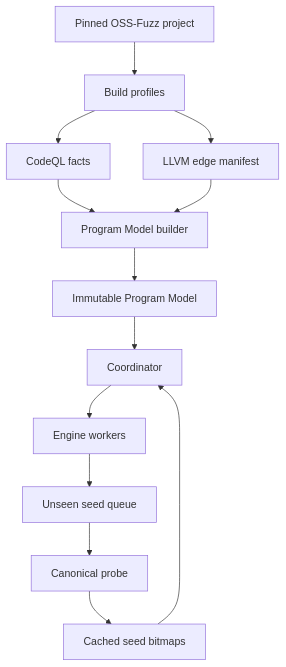
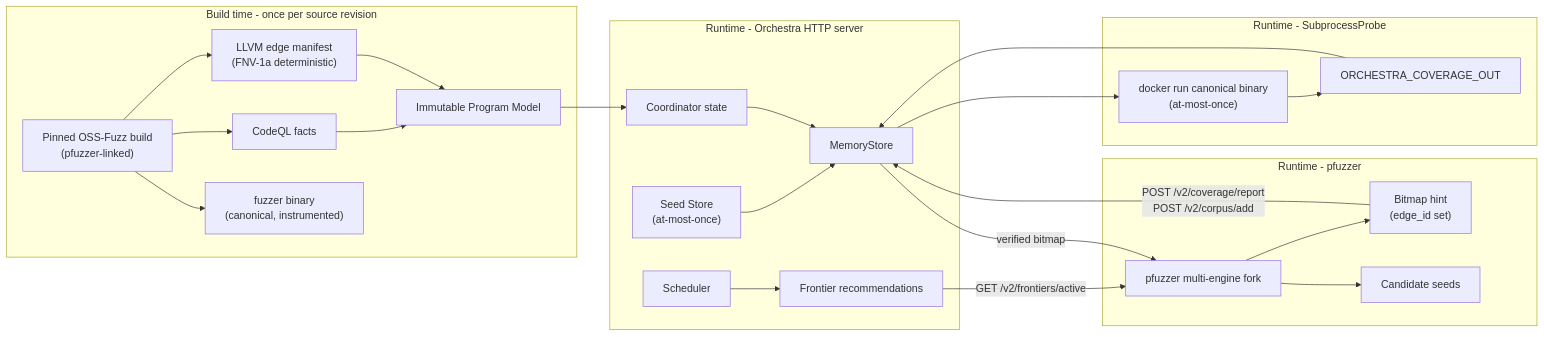
The diagram in docs/v2/DESIGN.md (grubwithu/hfc), drawn with Mermaid before and after one commit. The commit also changed other lines of this file, not shown here.

First line of the commit message:
docs(v2/design): record passive-analyzer architecture, pfuzzer linkage, performance contract

````diff
--- a/docs/v2/DESIGN.md
+++ b/docs/v2/DESIGN.md
@@ -90,15 +139,30 @@
 ```mermaid
-flowchart TD
-    A["Pinned OSS-Fuzz project"] --> B["Build profiles"]
-    B --> C["CodeQL facts"]
-    B --> D["LLVM edge manifest"]
-    C --> E["Program Model builder"]
-    D --> E
-    E --> F["Immutable Program Model"]
-    G["Engine workers"] --> H["Unseen seed queue"]
-    H --> I["Canonical probe"]
-    I --> J["Cached seed bitmaps"]
-    F --> K["Coordinator"]
-    J --> K
-    K --> G
+flowchart LR
+    subgraph Build[Build time - once per source revision]
+        A["Pinned OSS-Fuzz build<br/>(pfuzzer-linked)"] --> B[CodeQL facts]
+        A --> C["LLVM edge manifest<br/>(FNV-1a deterministic)"]
+        A --> D["fuzzer binary<br/>(canonical, instrumented)"]
+        B --> E[Immutable Program Model]
+        C --> E
+    end
+
+    subgraph Orch[Runtime - Orchestra HTTP server]
+        E --> F["Coordinator state"]
+        G["Seed Store<br/>(at-most-once)"] --> H[MemoryStore]
+        F --> H
+        I[Scheduler] --> J["Frontier recommendations"]
+    end
+
+    subgraph Pfuzz[Runtime - pfuzzer]
+        K["pfuzzer multi-engine fork"] --> L["Bitmap hint<br/>(edge_id set)"]
+        K --> M["Candidate seeds"]
+        L -- "POST /v2/coverage/report<br/>POST /v2/corpus/add" --> H
+        J -- "GET /v2/frontiers/active" --> K
+        H -- "verified bitmap" --> K
+    end
+
+    subgraph Probe[Runtime - SubprocessProbe]
+        H --> N["docker run canonical binary<br/>(at-most-once)"] --> O["ORCHESTRA_COVERAGE_OUT"]
+        O --> H
+    end
 ```
````
